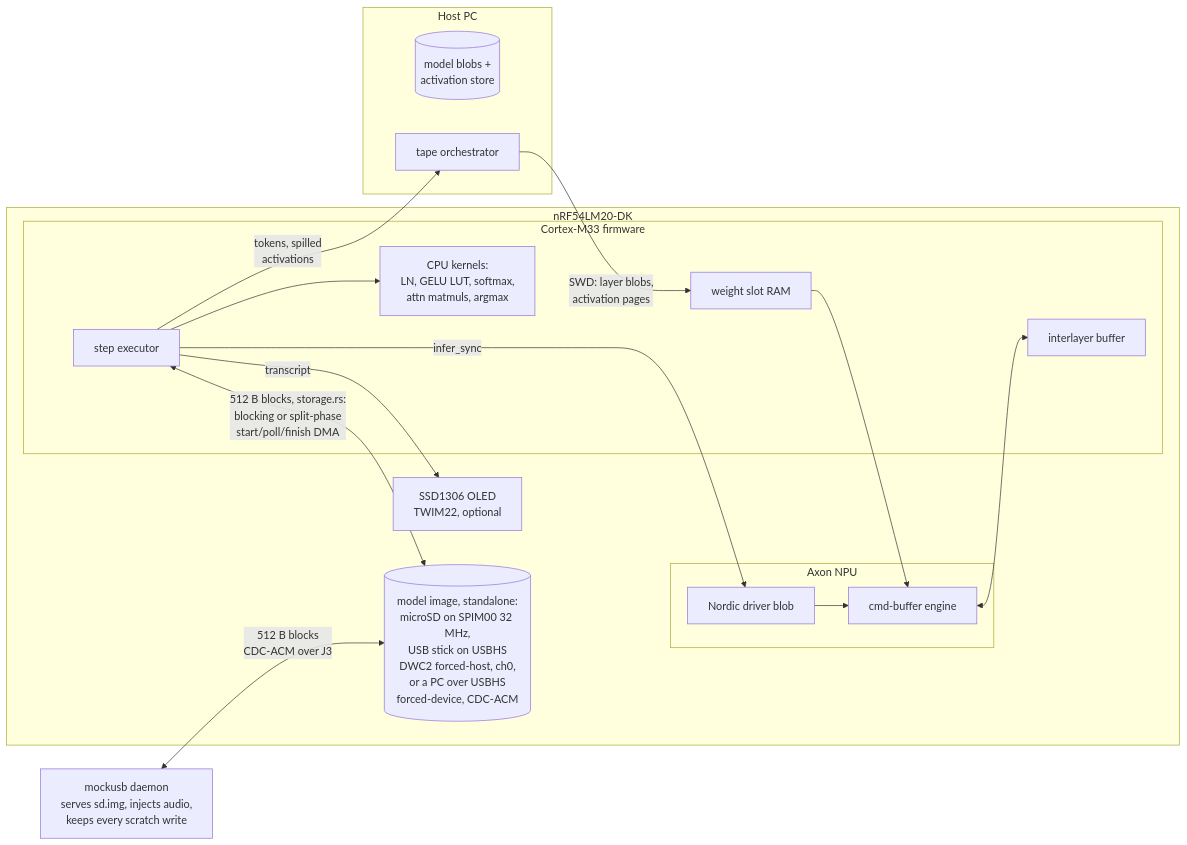
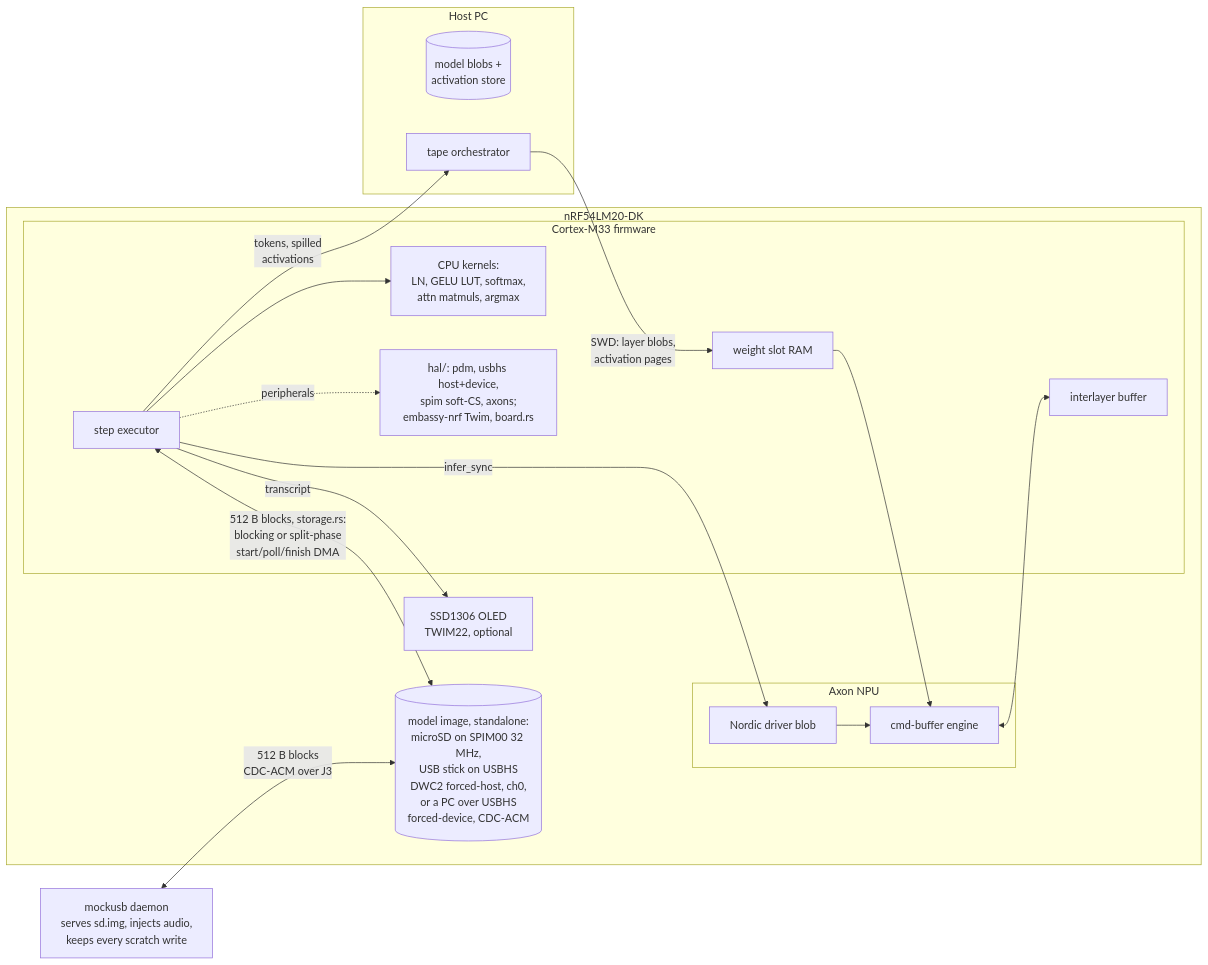
The diagram in Whisper/README.md (RustDyno/nrf54lm20-dk), drawn with Mermaid before and after one commit. The commit also changed other lines of this file and 9 other files, not shown here.

First line of the commit message:
Whisper: USB and SD drivers in embassy-nrf's form (hal/usbhs, hal/spim)

````diff
--- a/Whisper/README.md
+++ b/Whisper/README.md
@@ -43,46 +43,50 @@
 ```mermaid
 flowchart LR
   subgraph host [Host PC]
     STORE[(model blobs +
 activation store)]
     ORCH[tape orchestrator]
   end
   subgraph dk [nRF54LM20-DK]
     subgraph m33 [Cortex-M33 firmware]
       EXEC[step executor]
       GLUE[CPU kernels:
 LN, GELU LUT, softmax,
 attn matmuls, argmax]
       SLOT[weight slot RAM]
       IL[interlayer buffer]
+      HAL[hal/: pdm, usbhs host+device,
+spim soft-CS, axons;
+embassy-nrf Twim, board.rs]
     end
     OLED[SSD1306 OLED
 TWIM22, optional]
     STOR[(model image, standalone:
 microSD on SPIM00 32 MHz,
 USB stick on USBHS
 DWC2 forced-host, ch0,
 or a PC over USBHS
 forced-device, CDC-ACM)]
     EXEC -->|transcript| OLED
     EXEC <-->|512 B blocks, storage.rs:
 blocking or split-phase
 start/poll/finish DMA| STOR
+    EXEC -.->|peripherals| HAL
     subgraph axon [Axon NPU]
       DRV[Nordic driver blob]
       ENG[cmd-buffer engine]
     end
   end
   ORCH -->|SWD: layer blobs,
 activation pages| SLOT
   MOCK[mockusb daemon
 serves sd.img, injects audio,
 keeps every scratch write] <-->|512 B blocks
 CDC-ACM over J3| STOR
   EXEC -->|tokens, spilled
 activations| ORCH
   EXEC --> GLUE
   EXEC -->|infer_sync| DRV --> ENG
   SLOT --> ENG
   ENG <--> IL
 ```
````
